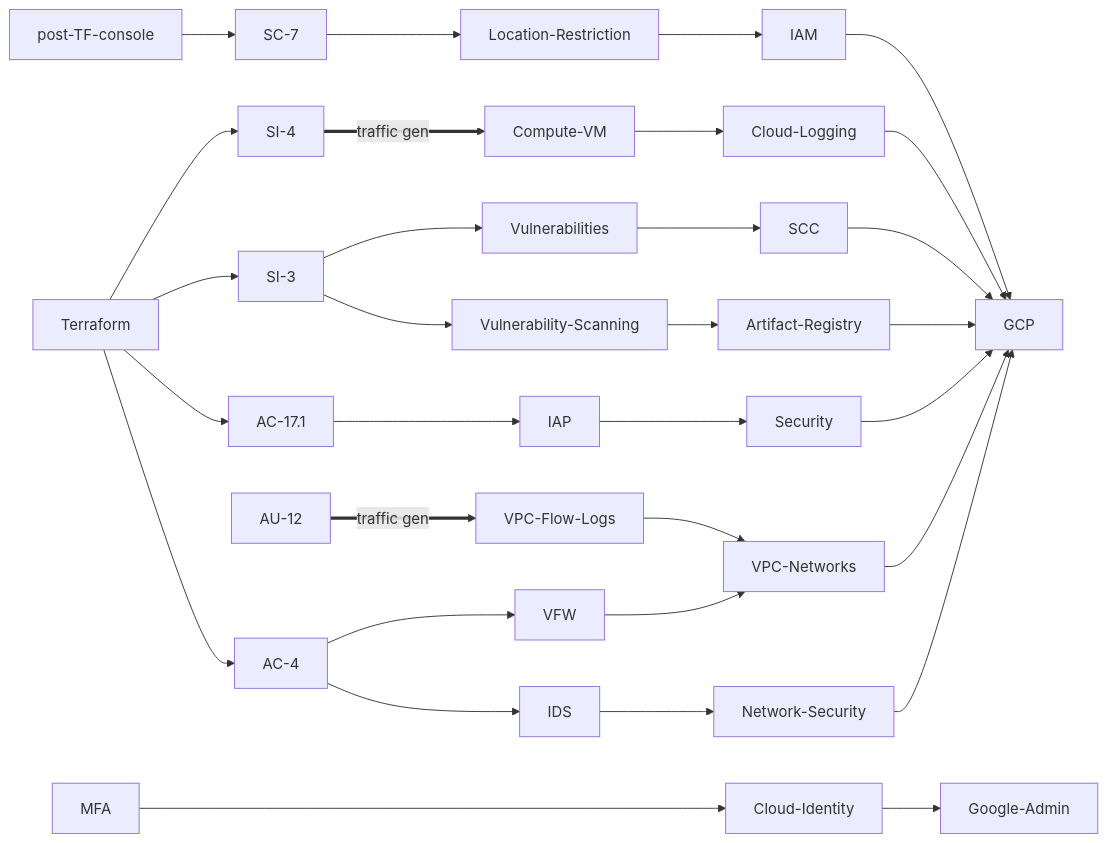
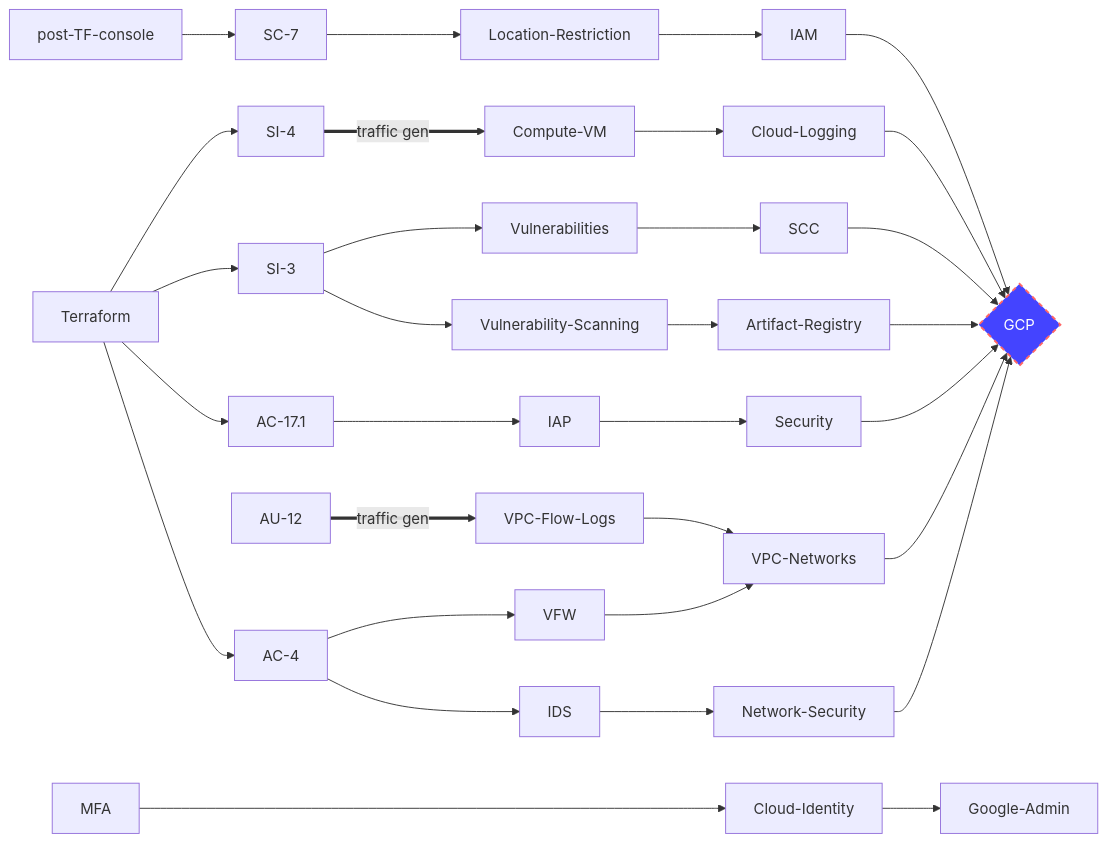
The first of 2 diagrams in docs/google-cloud-security-controls.md (GoogleCloudPlatform/pbmm-on-gcp-onboarding), drawn with Mermaid before and after one commit. The commit also changed other lines of this file, not shown here.

````diff
--- a/docs/google-cloud-security-controls.md
+++ b/docs/google-cloud-security-controls.md
@@ -5,40 +5,40 @@
 ```mermaid
 graph LR;
-    
+    style GCP fill:#44f,stroke:#f66,stroke-width:2px,color:#fff,stroke-dasharray: 5 5
     Terraform-->AC-4;
     Terraform-->AC-17.1;
     Terraform-->SI-3;
     Terraform-->SI-4;
     
     AC-4-->IDS;
     AC-4-->VFW;
     AC-17.1-->IAP;
     AU-12== traffic gen ==>VPC-Flow-Logs;
     SI-3-->Vulnerability-Scanning-->Artifact-Registry-->GCP;
     SI-3-->Vulnerabilities;
     SI-4== traffic gen ==>Compute-VM;
     post-TF-console-->SC-7-->Location-Restriction;
     
     
     IAP-->Security;
 
     Vulnerabilities-->SCC;
     
     IDS-->Network-Security;
     Compute-VM-->Cloud-Logging;
     Cloud-Logging-->GCP;
     IAM-->GCP;
     Location-Restriction-->IAM;
     Network-Security-->GCP;
     SCC-->GCP;
     Security-->GCP;
     MFA---->Cloud-Identity;
     Cloud-Identity-->Google-Admin;
     VFW-->VPC-Networks;
     VPC-Flow-Logs-->VPC-Networks;
-    VPC-Networks-->GCP;
+    VPC-Networks-->GCP{GCP};
     
 
     
     
 ```
````
